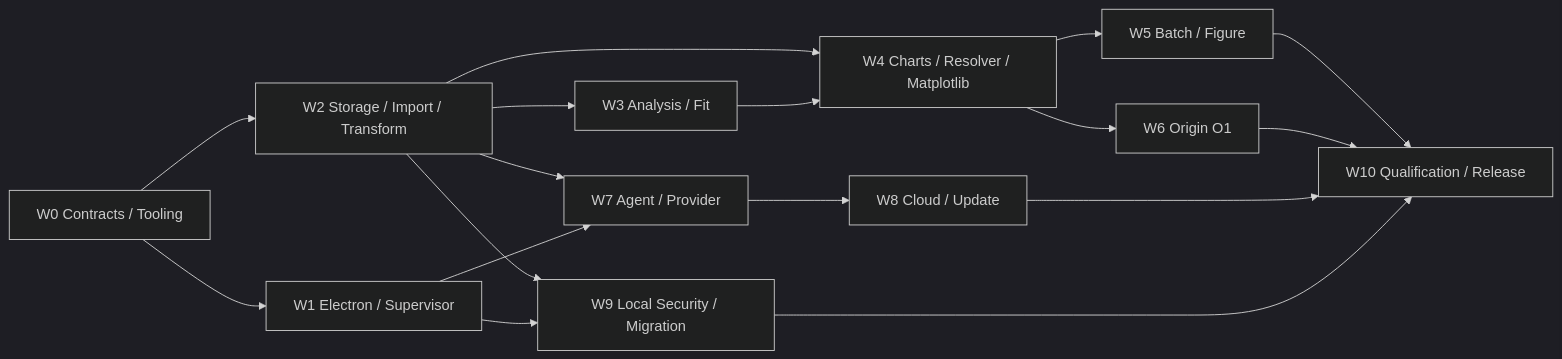
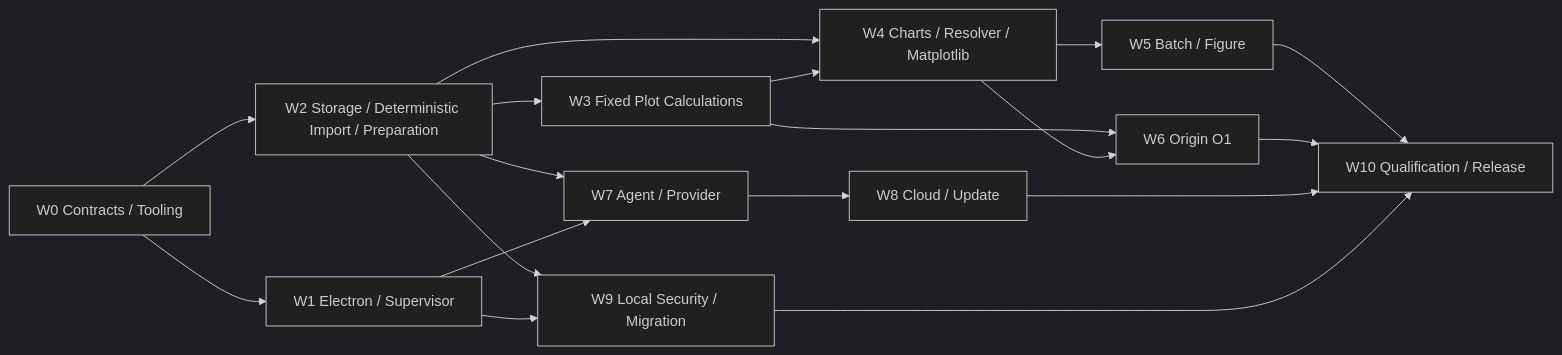
Before and after one commit to jike370/PlotAgent: the diagram in docs/IMPLEMENTATION-PLAN.md, drawn with Mermaid (dark theme). The commit also changed other lines of this file and 20 other files, not shown here.

````diff
--- a/docs/IMPLEMENTATION-PLAN.md
+++ b/docs/IMPLEMENTATION-PLAN.md
@@ -22,19 +22,20 @@
 ```mermaid
 flowchart LR
     W0["W0 Contracts / Tooling"] --> W1["W1 Electron / Supervisor"]
-    W0 --> W2["W2 Storage / Import / Transform"]
-    W2 --> W3["W3 Analysis / Fit"]
+    W0 --> W2["W2 Storage / Deterministic Import / Preparation"]
+    W2 --> W3["W3 Fixed Plot Calculations"]
     W2 --> W4["W4 Charts / Resolver / Matplotlib"]
     W2 --> W7["W7 Agent / Provider"]
     W2 --> W9["W9 Local Security / Migration"]
     W3 --> W4
+    W3 --> W6["W6 Origin O1"]
     W4 --> W5["W5 Batch / Figure"]
     W4 --> W6["W6 Origin O1"]
     W1 --> W7
     W1 --> W9
     W7 --> W8["W8 Cloud / Update"]
     W5 --> W10["W10 Qualification / Release"]
     W6 --> W10
     W8 --> W10
     W9 --> W10
 ```
````
